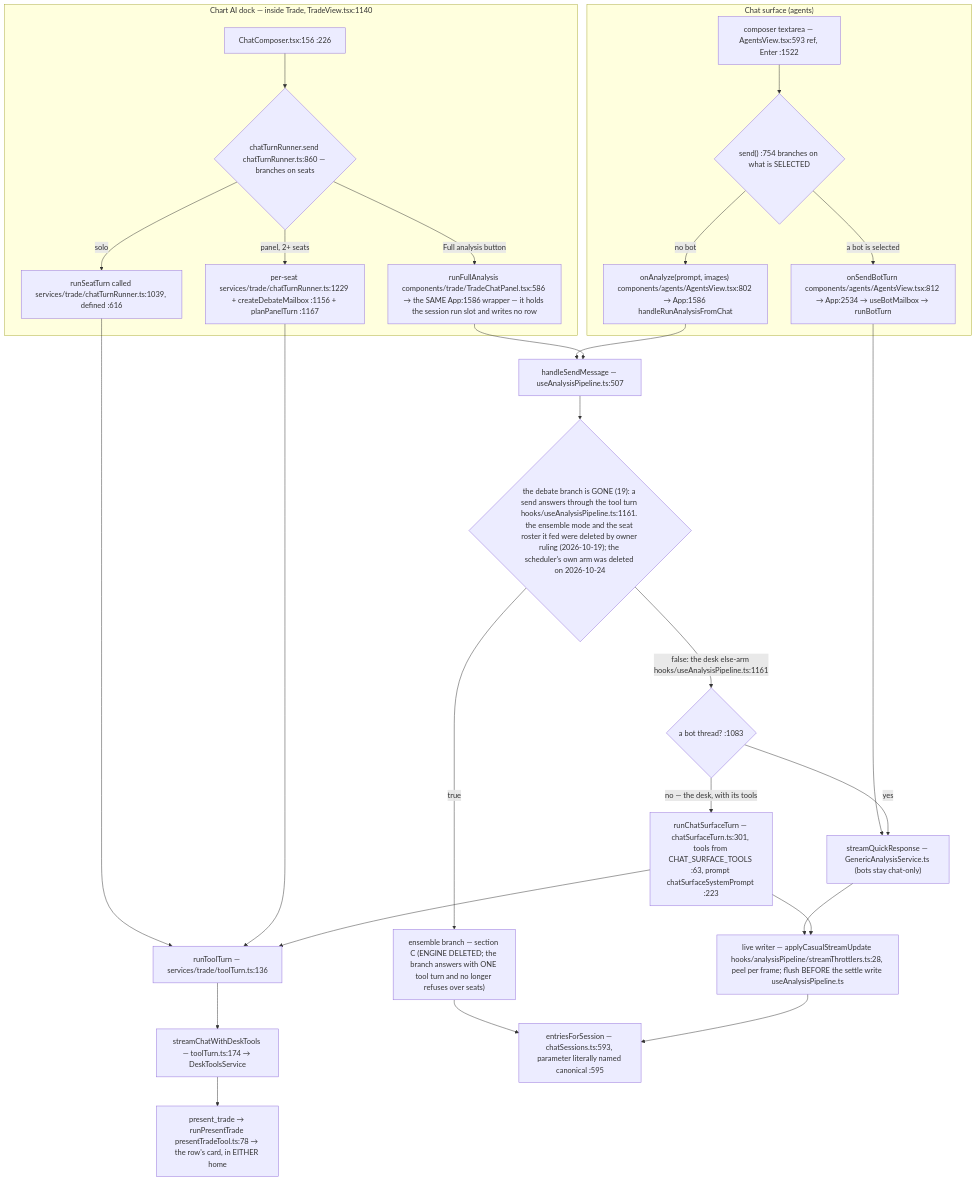
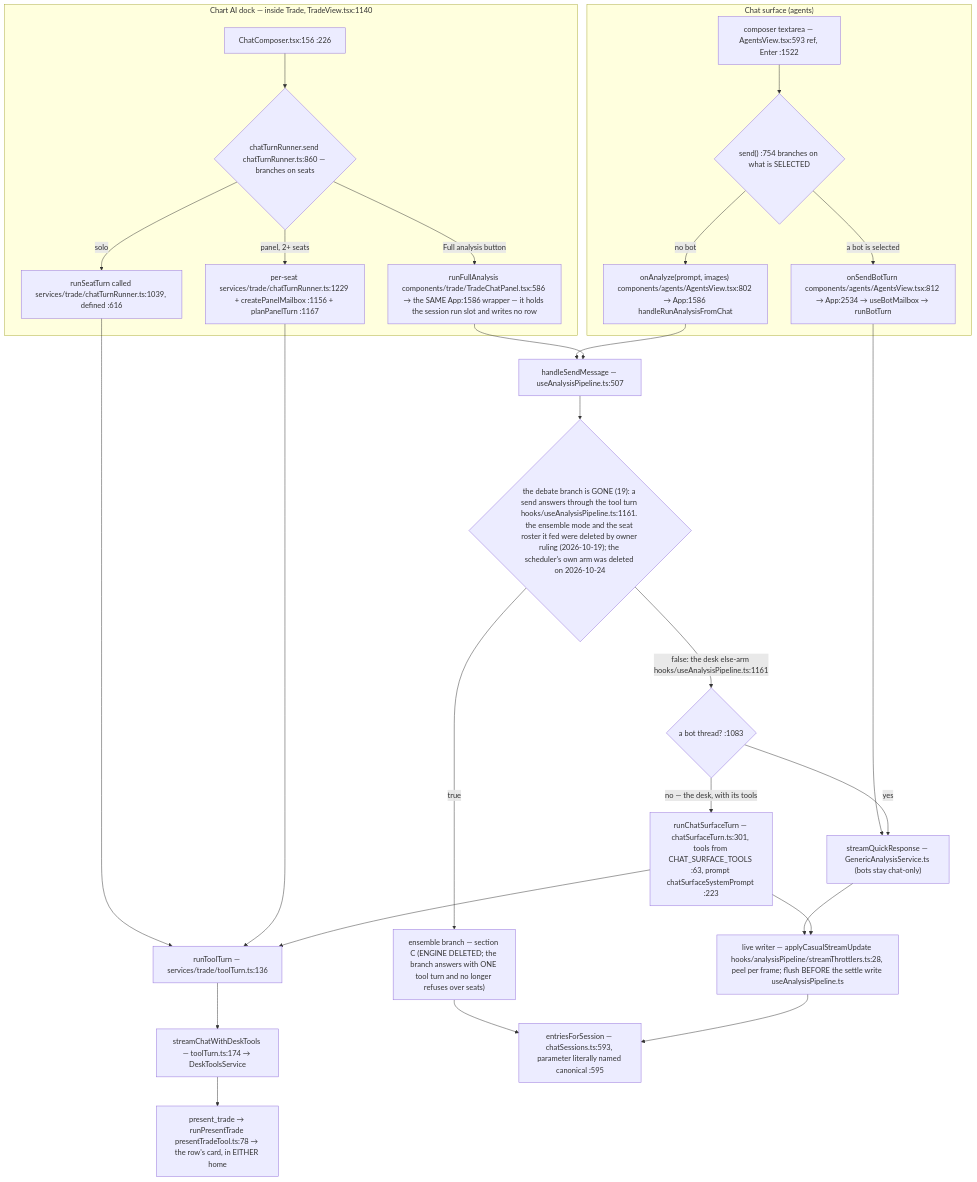
One commit to Acepay25/august-3.5 changed the second of 8 diagrams in docs/app-flow.md. Above: the diagram before and after it, drawn with Mermaid. The commit also changed other lines of this file and 4 other files, not shown here.

First line of the commit message:
chore(naming): the mailbox is a panel mailbox, not a debate one

````diff
--- a/docs/app-flow.md
+++ b/docs/app-flow.md
@@ -78,31 +78,31 @@
 ```mermaid
 flowchart TD
     subgraph CHAT["Chat surface (agents)"]
         CB["composer textarea — AgentsView.tsx:593 ref, Enter :1522"] --> D1{"send() :754 branches on what is SELECTED"}
         D1 -->|a bot is selected| BOT["onSendBotTurn components/agents/AgentsView.tsx:812 → App:2534 → useBotMailbox → runBotTurn"]
         D1 -->|no bot| AN["onAnalyze(prompt, images) components/agents/AgentsView.tsx:802 → App:1586 handleRunAnalysisFromChat"]
     end
     subgraph DOCK["Chart AI dock — inside Trade, TradeView.tsx:1140"]
         DC["ChatComposer.tsx:156 :226"] --> D2{"chatTurnRunner.send chatTurnRunner.ts:860 — branches on seats"}
         D2 -->|solo| SO["runSeatTurn called services/trade/chatTurnRunner.ts:1039, defined :616"]
-        D2 -->|panel, 2+ seats| PN["per-seat services/trade/chatTurnRunner.ts:1229 + createDebateMailbox :1156 + planPanelTurn :1167"]
+        D2 -->|panel, 2+ seats| PN["per-seat services/trade/chatTurnRunner.ts:1229 + createPanelMailbox :1156 + planPanelTurn :1167"]
         D2 -->|Full analysis button| FA["runFullAnalysis components/trade/TradeChatPanel.tsx:586 → the SAME App:1586 wrapper — it holds the session run slot and writes no row"]
     end
     SO --> TT["runToolTurn — services/trade/toolTurn.ts:136"]
     PN --> TT
     TT --> SCDT["streamChatWithDeskTools — toolTurn.ts:174 → DeskToolsService"]
     BOT --> TR["streamQuickResponse — GenericAnalysisService.ts (bots stay chat-only)"]
     AN --> HSM["handleSendMessage — useAnalysisPipeline.ts:507"]
     FA --> HSM
     HSM --> D3{"the debate branch is GONE (19): a send answers through the tool turn hooks/useAnalysisPipeline.ts:1161. the ensemble mode and the seat roster it fed were deleted by owner ruling (2026-10-19); the scheduler's own arm was deleted on 2026-10-24"}
     D3 -->|true| ENS["ensemble branch — section C (ENGINE DELETED; the branch answers with ONE tool turn and no longer refuses over seats)"]
     D3 -->|false: the desk else-arm hooks/useAnalysisPipeline.ts:1161| SPLIT{"a bot thread? :1083"}
     SPLIT -->|yes| TR
     SPLIT -->|no — the desk, with its tools| CST["runChatSurfaceTurn — chatSurfaceTurn.ts:301, tools from CHAT_SURFACE_TOOLS :63, prompt chatSurfaceSystemPrompt :223"]
     CST --> TT
     TR --> LW["live writer — applyCasualStreamUpdate hooks/analysisPipeline/streamThrottlers.ts:28, peel per frame; flush BEFORE the settle write useAnalysisPipeline.ts"]
     CST --> LW
     ENS --> MERGE
     LW --> MERGE["entriesForSession — chatSessions.ts:593, parameter literally named canonical :595"]
     SCDT --> PT["present_trade → runPresentTrade presentTradeTool.ts:78 → the row's card, in EITHER home"]
 ```
````
